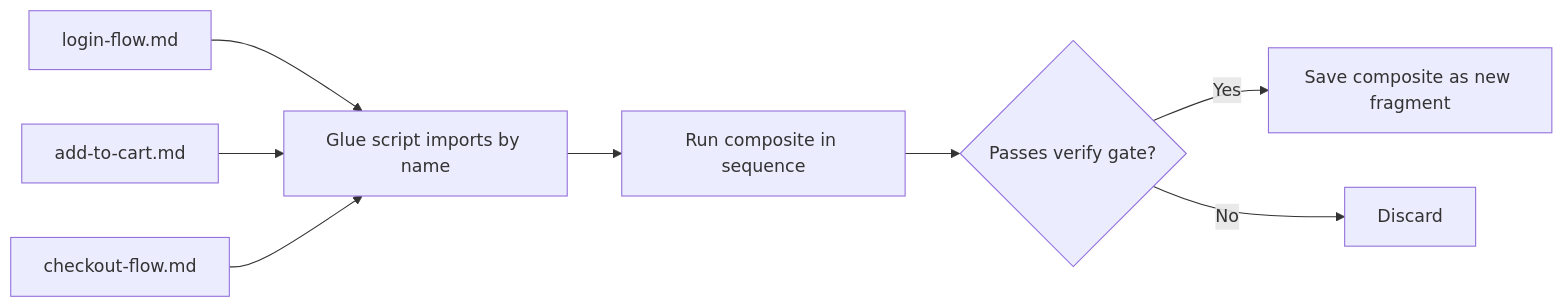
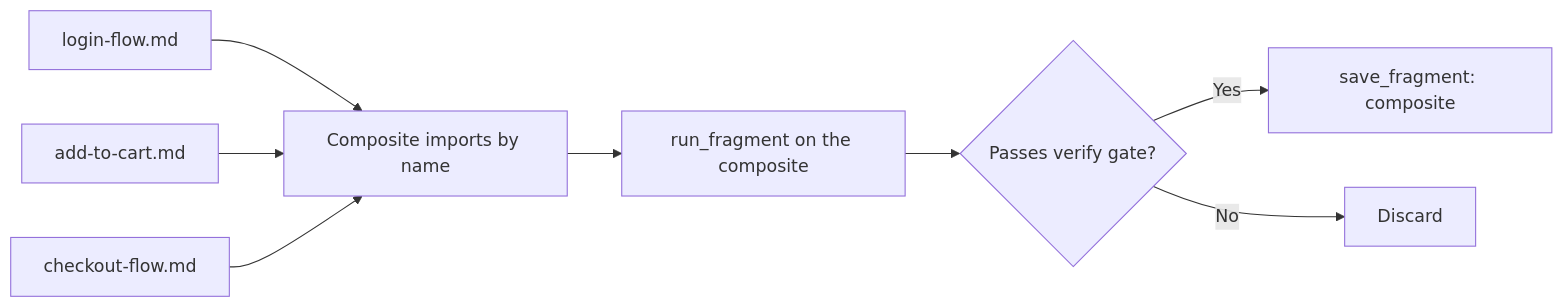
Before and after one commit to iteam1/open-test: the third of 3 diagrams in docs/contribute.md, drawn with Mermaid. The commit also changed other lines of this file and 3 other files, not shown here.

````diff
--- a/docs/contribute.md
+++ b/docs/contribute.md
@@ -123,10 +139,10 @@
 ```mermaid
 flowchart LR
-    A[login-flow.md] --> D[Glue script imports by name]
+    A[login-flow.md] --> D[Composite imports by name]
     B[add-to-cart.md] --> D
     C[checkout-flow.md] --> D
-    D --> E[Run composite in sequence]
+    D --> E["run_fragment on the composite"]
     E --> F{Passes verify gate?}
-    F -->|Yes| G[Save composite as new fragment]
+    F -->|Yes| G["save_fragment: composite"]
     F -->|No| H[Discard]
 ```
````
